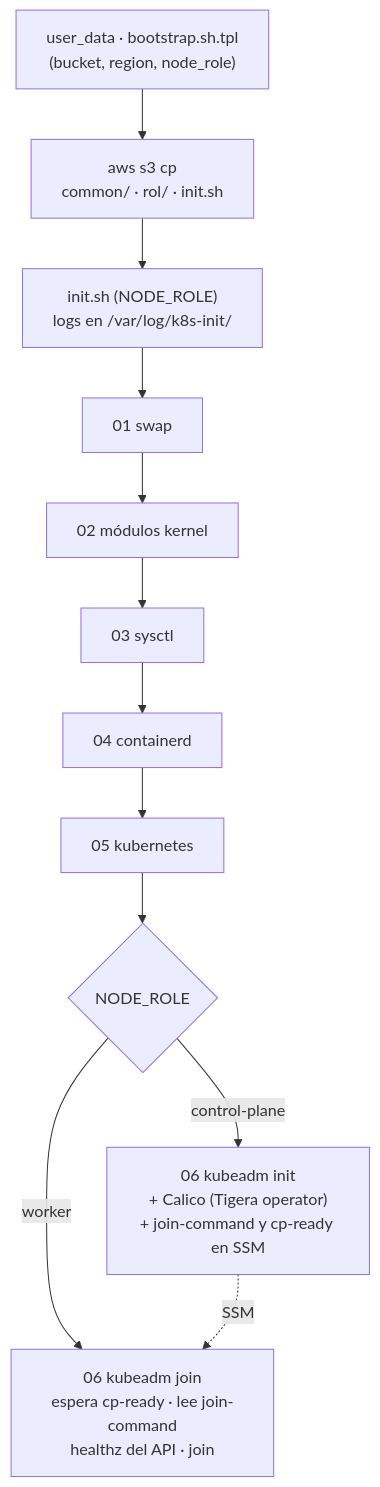
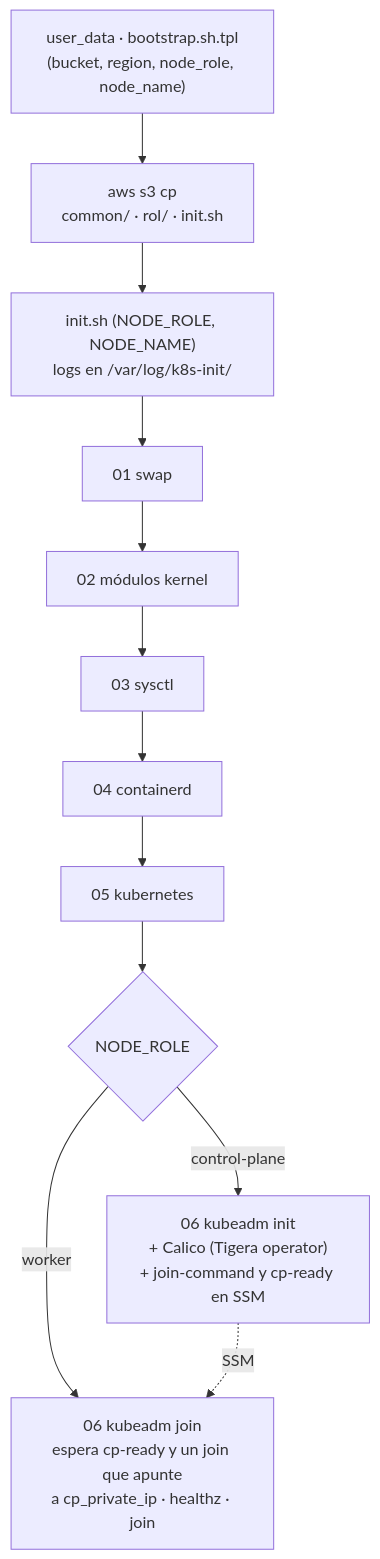
The second of 4 diagrams in README.md (enaide/terraform-k8s-cluster), drawn with Mermaid before and after one commit. The commit also changed other lines of this file, not shown here.

````diff
--- a/README.md
+++ b/README.md
@@ -123,10 +131,10 @@
 ```mermaid
 flowchart TB
-    UD["user_data · bootstrap.sh.tpl<br/>(bucket, region, node_role)"] --> DL["aws s3 cp<br/>common/ · rol/ · init.sh"]
-    DL --> INIT["init.sh (NODE_ROLE)<br/>logs en /var/log/k8s-init/"]
+    UD["user_data · bootstrap.sh.tpl<br/>(bucket, region, node_role, node_name)"] --> DL["aws s3 cp<br/>common/ · rol/ · init.sh"]
+    DL --> INIT["init.sh (NODE_ROLE, NODE_NAME)<br/>logs en /var/log/k8s-init/"]
     INIT --> P1["01 swap"] --> P2["02 módulos kernel"] --> P3["03 sysctl"] --> P4["04 containerd"] --> P5["05 kubernetes"]
     P5 --> ROLE{"NODE_ROLE"}
     ROLE -->|"control-plane"| CPS["06 kubeadm init<br/>+ Calico (Tigera operator)<br/>+ join-command y cp-ready en SSM"]
-    ROLE -->|"worker"| WKS["06 kubeadm join<br/>espera cp-ready · lee join-command<br/>healthz del API · join"]
+    ROLE -->|"worker"| WKS["06 kubeadm join<br/>espera cp-ready y un join que apunte<br/>a cp_private_ip · healthz · join"]
     CPS -. "SSM" .-> WKS
 ```
````
